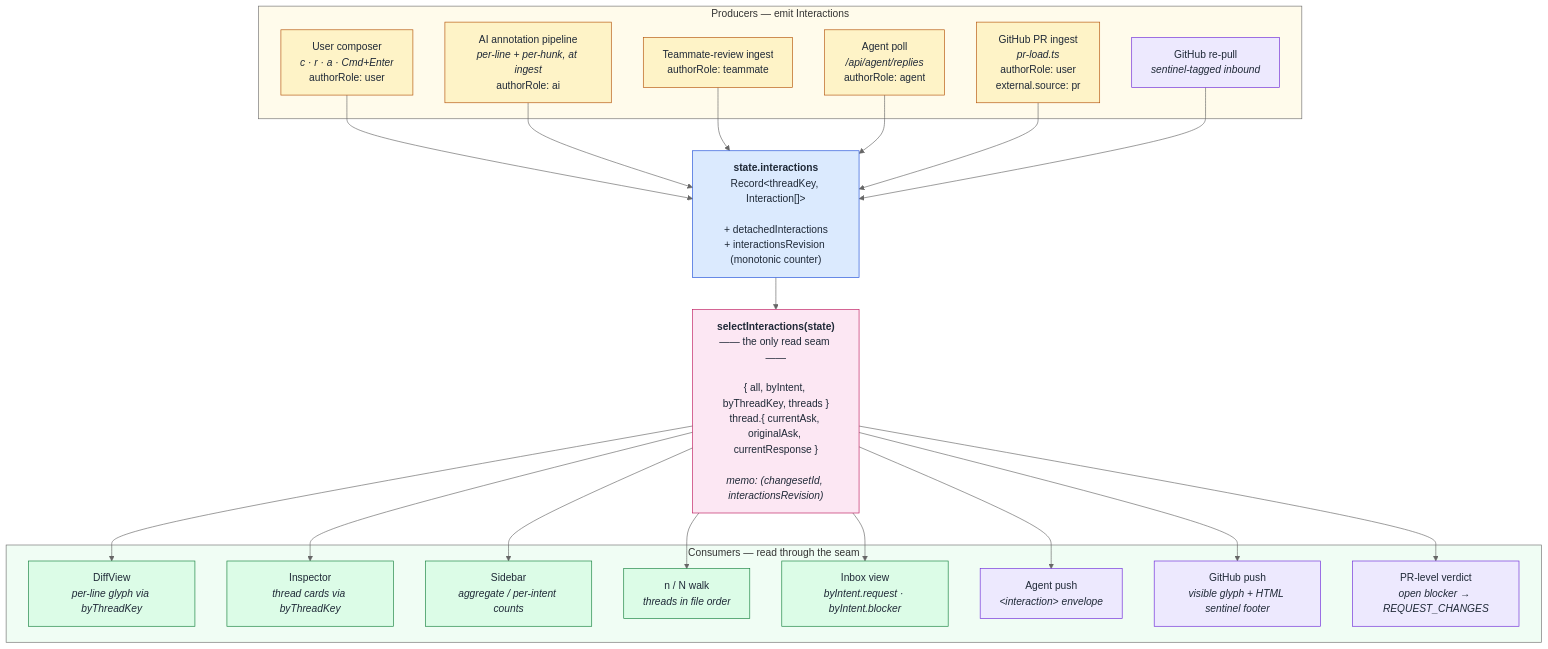
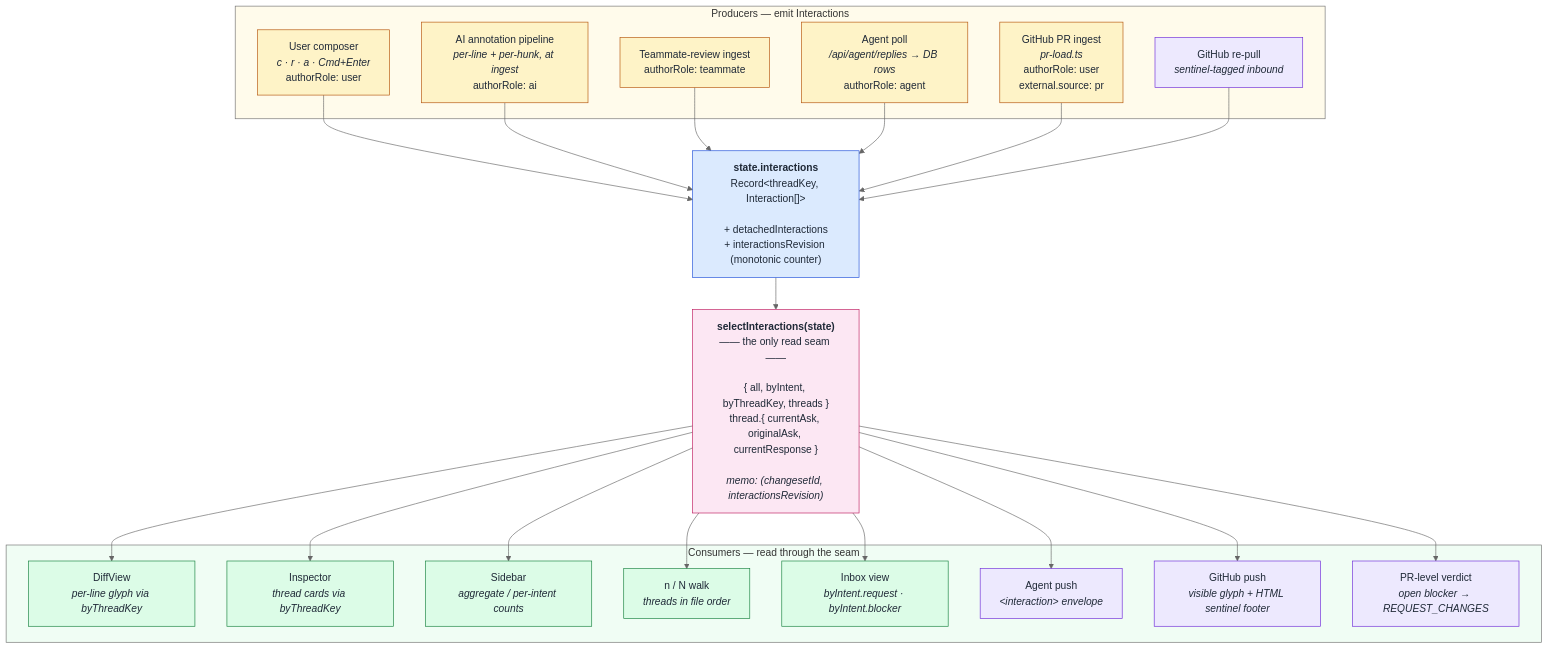
One commit to rowasc/shippable changed the first of 2 diagrams in docs/architecture.md. Above: the diagram before and after it, drawn with Mermaid. The commit also changed other lines of this file and 1 other file, not shown here.

First line of the commit message:
docs(architecture): document SQLite interaction persistence

````diff
--- a/docs/architecture.md
+++ b/docs/architecture.md
@@ -46,52 +51,52 @@
 ```mermaid
 %%{init: {'theme':'neutral'}}%%
 graph TB
     classDef ingest fill:#fef3c7,stroke:#b45309,color:#1f2937
     classDef store fill:#dbeafe,stroke:#1d4ed8,color:#1f2937
     classDef seam fill:#fce7f3,stroke:#be185d,color:#1f2937
     classDef consumer fill:#dcfce7,stroke:#15803d,color:#1f2937
     classDef wire fill:#ede9fe,stroke:#6d28d9,color:#1f2937
 
     subgraph PRODUCERS["Producers — emit Interactions"]
         UI["User composer<br/><i>c · r · a · Cmd+Enter</i><br/>authorRole: user"]:::ingest
         AI["AI annotation pipeline<br/><i>per-line + per-hunk, at ingest</i><br/>authorRole: ai"]:::ingest
         TM["Teammate-review ingest<br/>authorRole: teammate"]:::ingest
-        AG["Agent poll<br/><i>/api/agent/replies</i><br/>authorRole: agent"]:::ingest
+        AG["Agent poll<br/><i>/api/agent/replies → DB rows</i><br/>authorRole: agent"]:::ingest
         PR["GitHub PR ingest<br/><i>pr-load.ts</i><br/>authorRole: user<br/>external.source: pr"]:::ingest
         GHIN["GitHub re-pull<br/><i>sentinel-tagged inbound</i>"]:::wire
     end
 
     Store["<b>state.interactions</b><br/>Record&lt;threadKey, Interaction[]&gt;<br/><br/>+ detachedInteractions<br/>+ interactionsRevision (monotonic counter)"]:::store
 
     Seam["<b>selectInteractions(state)</b><br/>—— the only read seam ——<br/><br/>{ all, byIntent, byThreadKey, threads }<br/>thread.{ currentAsk, originalAsk, currentResponse }<br/><br/><i>memo: (changesetId, interactionsRevision)</i>"]:::seam
 
     subgraph CONSUMERS["Consumers — read through the seam"]
         DV["DiffView<br/><i>per-line glyph via byThreadKey</i>"]:::consumer
         IN["Inspector<br/><i>thread cards via byThreadKey</i>"]:::consumer
         SB["Sidebar<br/><i>aggregate / per-intent counts</i>"]:::consumer
         WALK["n / N walk<br/><i>threads in file order</i>"]:::consumer
         INBOX["Inbox view<br/><i>byIntent.request &middot; byIntent.blocker</i>"]:::consumer
         AGOUT["Agent push<br/><i>&lt;interaction&gt; envelope</i>"]:::wire
         GHOUT["GitHub push<br/><i>visible glyph + HTML sentinel footer</i>"]:::wire
         VRDCT["PR-level verdict<br/><i>open blocker → REQUEST_CHANGES</i>"]:::wire
     end
 
     UI --> Store
     AI --> Store
     TM --> Store
     AG --> Store
     PR --> Store
     GHIN --> Store
     Store --> Seam
     Seam --> DV
     Seam --> IN
     Seam --> SB
     Seam --> WALK
     Seam --> INBOX
     Seam --> AGOUT
     Seam --> GHOUT
     Seam --> VRDCT
 
     style PRODUCERS fill:#fffbeb
     style CONSUMERS fill:#f0fdf4
 ```
````
